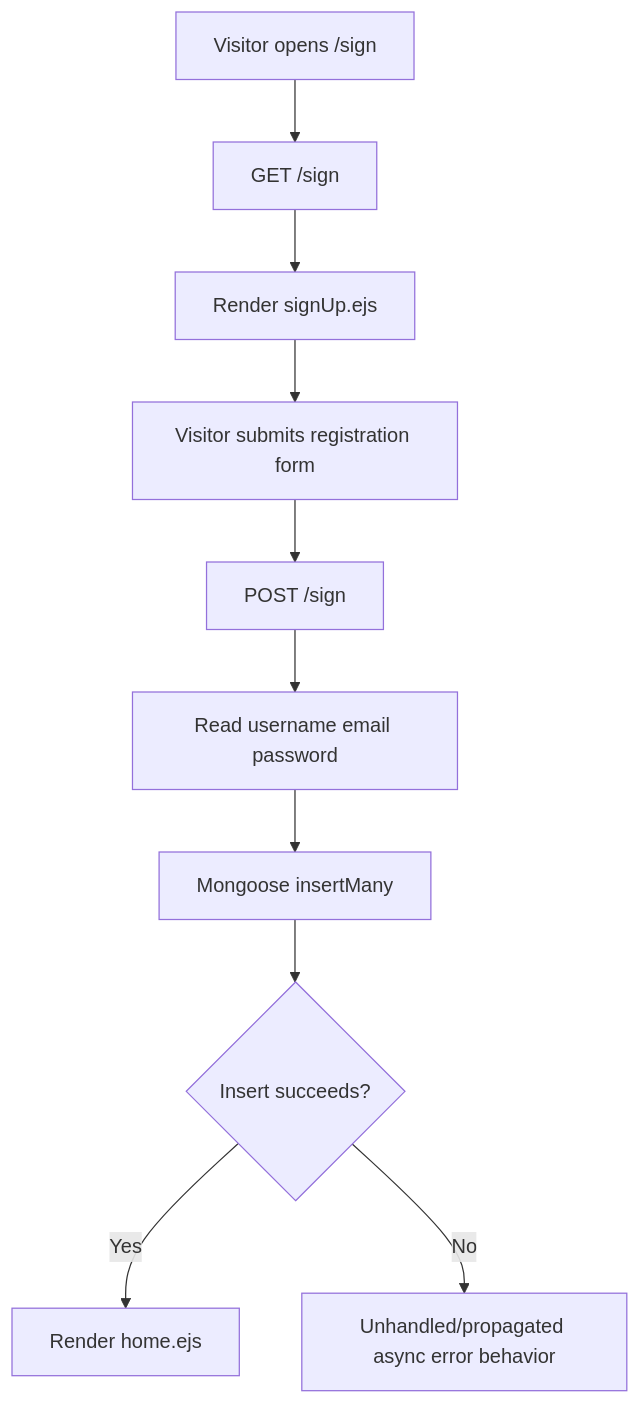
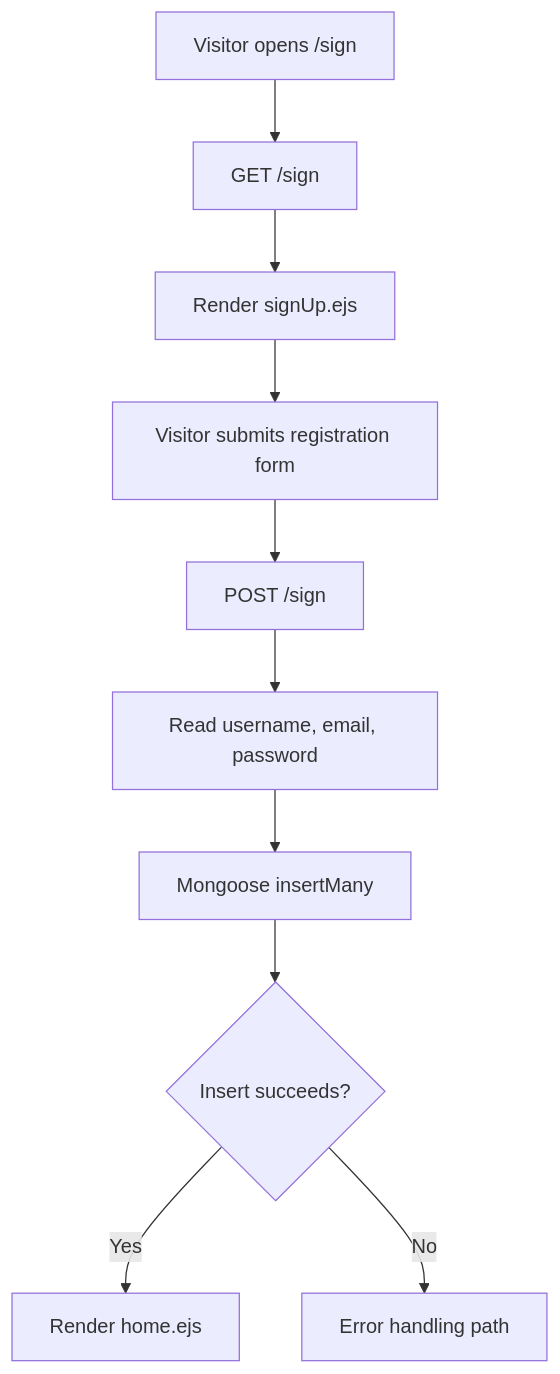
The second of 4 diagrams in README.md (Brajesh31/Atlas), drawn with Mermaid before and after one commit. The commit also changed other lines of this file, not shown here.

Commit message:
docs: fix Mermaid architecture diagram rendering

````diff
--- a/README.md
+++ b/README.md
@@ -165,12 +169,12 @@
 ```mermaid
 flowchart TD
-    A[Visitor opens /sign] --> B[GET /sign]
-    B --> C[Render signUp.ejs]
-    C --> D[Visitor submits registration form]
-    D --> E[POST /sign]
-    E --> F[Read username email password]
-    F --> G[Mongoose insertMany]
-    G --> H{Insert succeeds?}
-    H -->|Yes| I[Render home.ejs]
-    H -->|No| J[Unhandled/propagated async error behavior]
+    A["Visitor opens /sign"] --> B["GET /sign"]
+    B --> C["Render signUp.ejs"]
+    C --> D["Visitor submits registration form"]
+    D --> E["POST /sign"]
+    E --> F["Read username, email, password"]
+    F --> G["Mongoose insertMany"]
+    G --> H{"Insert succeeds?"}
+    H -->|"Yes"| I["Render home.ejs"]
+    H -->|"No"| J["Error handling path"]
 ```
````
